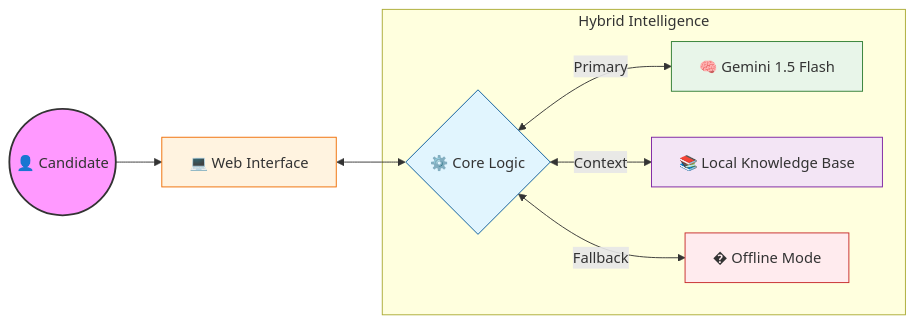
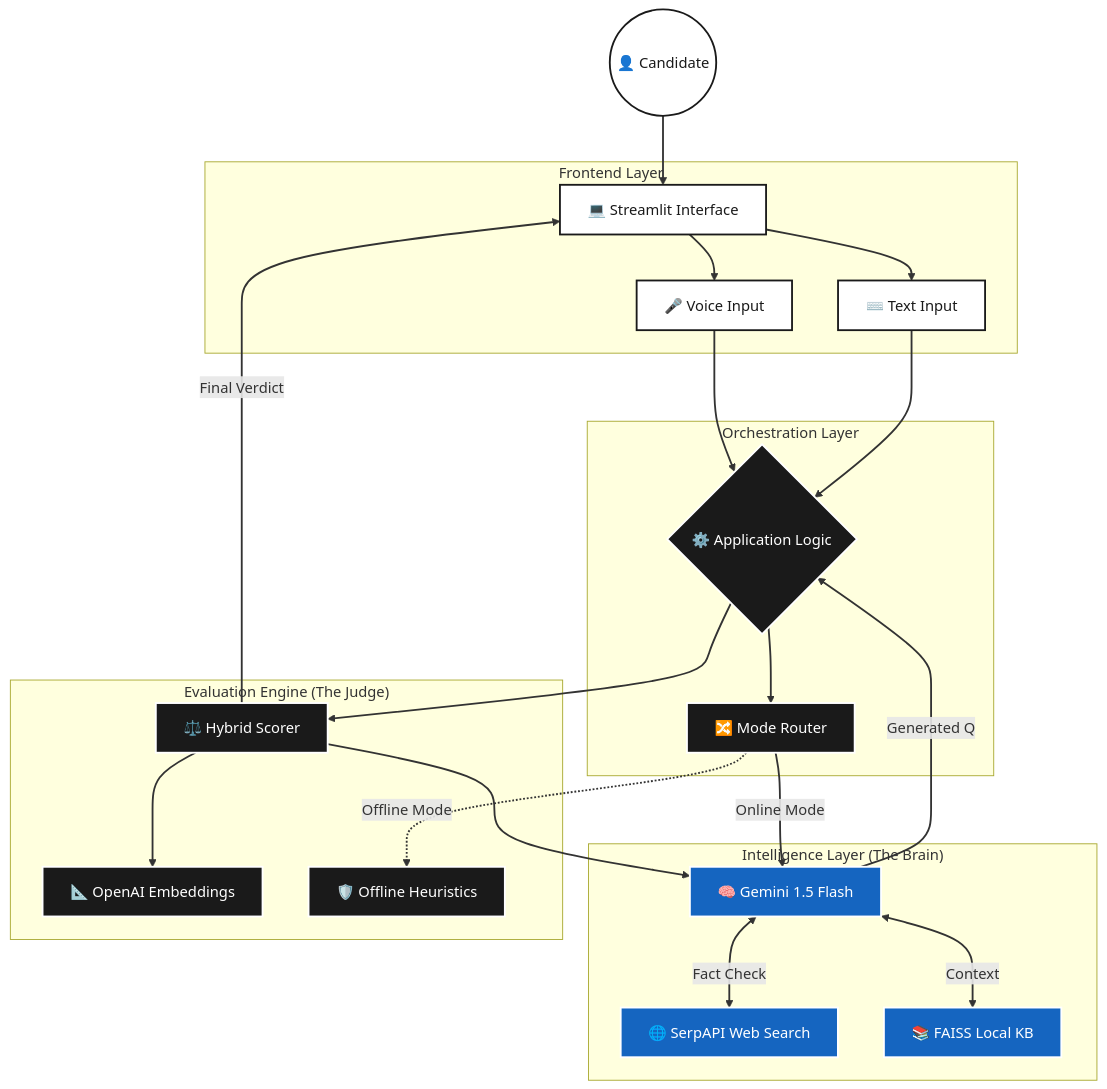
Before and after one commit to akanksha05Singh/Hr-interviewer-agent: the diagram in README.md, drawn with Mermaid. The commit also changed other lines of this file, not shown here.

Commit message:
Update architecture diagram to premium style

````diff
--- a/README.md
+++ b/README.md
@@ -18,18 +18,60 @@
 ```mermaid
-graph LR
-    User((👤 Candidate)) --> UI[💻 Web Interface]
-    UI <--> App{⚙️ Core Logic}
+graph TD
+    %% Nodes
+    User((👤 Candidate))
     
-    subgraph "Hybrid Intelligence"
-        App <-->|Primary| Gemini[🧠 Gemini 1.5 Flash]
-        App <-->|Context| RAG[📚 Local Knowledge Base]
-        App <-->|Fallback| Offline[�️ Offline Mode]
+    subgraph "Frontend Layer"
+        UI[💻 Streamlit Interface]
+        Voice[🎤 Voice Input]
+        Text[⌨️ Text Input]
     end
+
+    subgraph "Orchestration Layer"
+        App{⚙️ Application Logic}
+        Router[🔀 Mode Router]
+    end
+
+    subgraph "Intelligence Layer (The Brain)"
+        Gemini[🧠 Gemini 1.5 Flash]
+        Serp[🌐 SerpAPI Web Search]
+        FAISS[📚 FAISS Local KB]
+    end
+
+    subgraph "Evaluation Engine (The Judge)"
+        Scorer[⚖️ Hybrid Scorer]
+        Embed[📐 OpenAI Embeddings]
+        Fallback[🛡️ Offline Heuristics]
+    end
+
+    %% Connections
+    User ==> UI
+    UI --> Voice & Text
+    Voice & Text ==> App
     
-    style User fill:#f9f,stroke:#333,stroke-width:2px
-    style UI fill:#fff3e0,stroke:#ef6c00
-    style App fill:#e1f5fe,stroke:#01579b
-    style Gemini fill:#e8f5e9,stroke:#2e7d32
-    style RAG fill:#f3e5f5,stroke:#7b1fa2
-    style Offline fill:#ffebee,stroke:#c62828
+    App --> Router
+    Router ==>|Online Mode| Gemini
+    Router -.->|Offline Mode| Fallback
+    
+    Gemini <-->|Context| FAISS
+    Gemini <-->|Fact Check| Serp
+    
+    Gemini ==>|Generated Q| App
+    
+    App ==> Scorer
+    Scorer --> Gemini
+    Scorer --> Embed
+    
+    Scorer ==>|Final Verdict| UI
+
+    %% Styling
+    classDef dark fill:#1a1a1a,stroke:#fff,stroke-width:2px,color:#fff;
+    classDef blue fill:#1565c0,stroke:#fff,stroke-width:2px,color:#fff;
+    classDef white fill:#fff,stroke:#1a1a1a,stroke-width:2px,color:#1a1a1a;
+    classDef accent fill:#00e676,stroke:#1a1a1a,stroke-width:2px,color:#1a1a1a;
+
+    class User,UI,Voice,Text white;
+    class App,Router,Scorer,Embed,Fallback dark;
+    class Gemini,Serp,FAISS blue;
+    
+    linkStyle default stroke:#333,stroke-width:2px;
 ```
````
